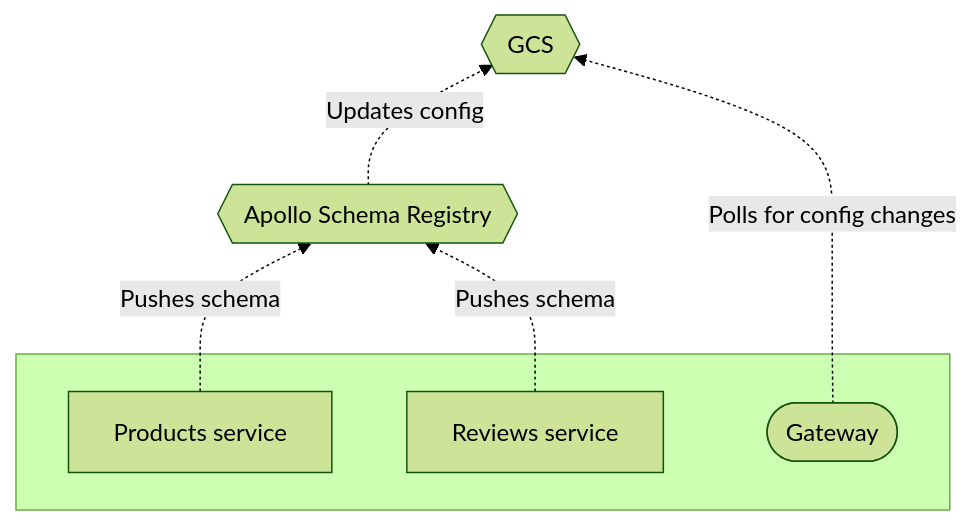
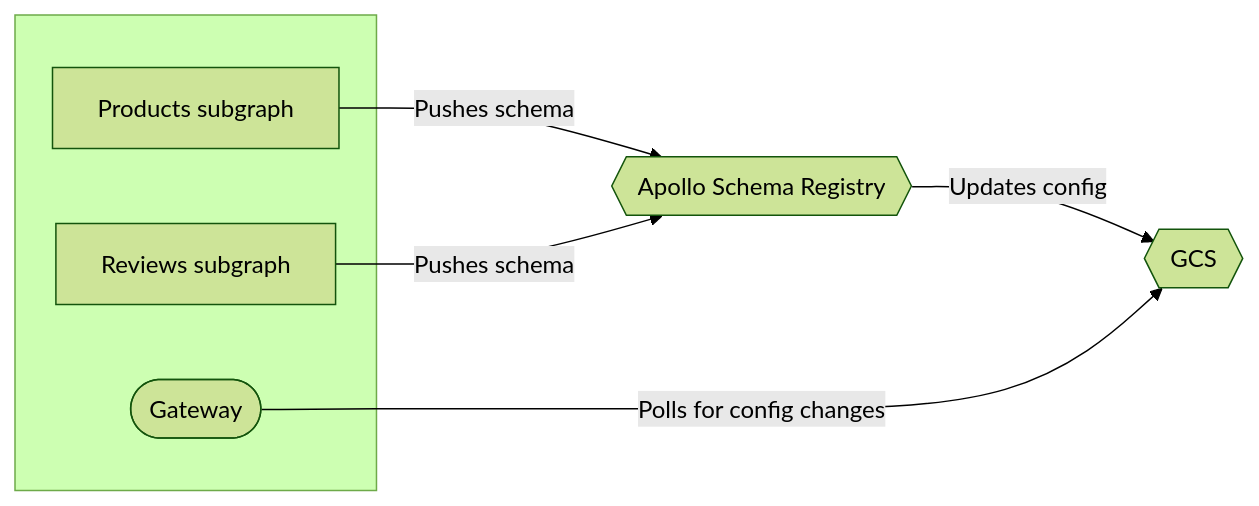
Before and after one commit to apollographql/federation: the diagram in docs/source/managed-federation/overview.mdx, drawn with Mermaid (forest theme). The commit also changed other lines of this file and 14 other files, not shown here.

````diff
--- a/docs/source/managed-federation/overview.mdx
+++ b/docs/source/managed-federation/overview.mdx
@@ -12,15 +12,15 @@
 ```mermaid
-graph BT;
+graph LR;
   subgraph " "
-  serviceA[Products service];
-  serviceB[Reviews service];
+  serviceA[Products subgraph];
+  serviceB[Reviews subgraph];
   gateway([Gateway]);
   end
   registry{{Apollo Schema Registry}};
   gcs{{GCS}}
-  serviceA & serviceB -. Pushes schema .-> registry;
-  registry -. Updates config .-> gcs;
-  gateway -. Polls for config changes .-> gcs;
+  serviceA & serviceB -->|Pushes schema| registry;
+  registry -->|Updates config| gcs;
+  gateway -->|Polls for config changes| gcs;
   class registry secondary;
   class gcs secondary;
 ```
````
